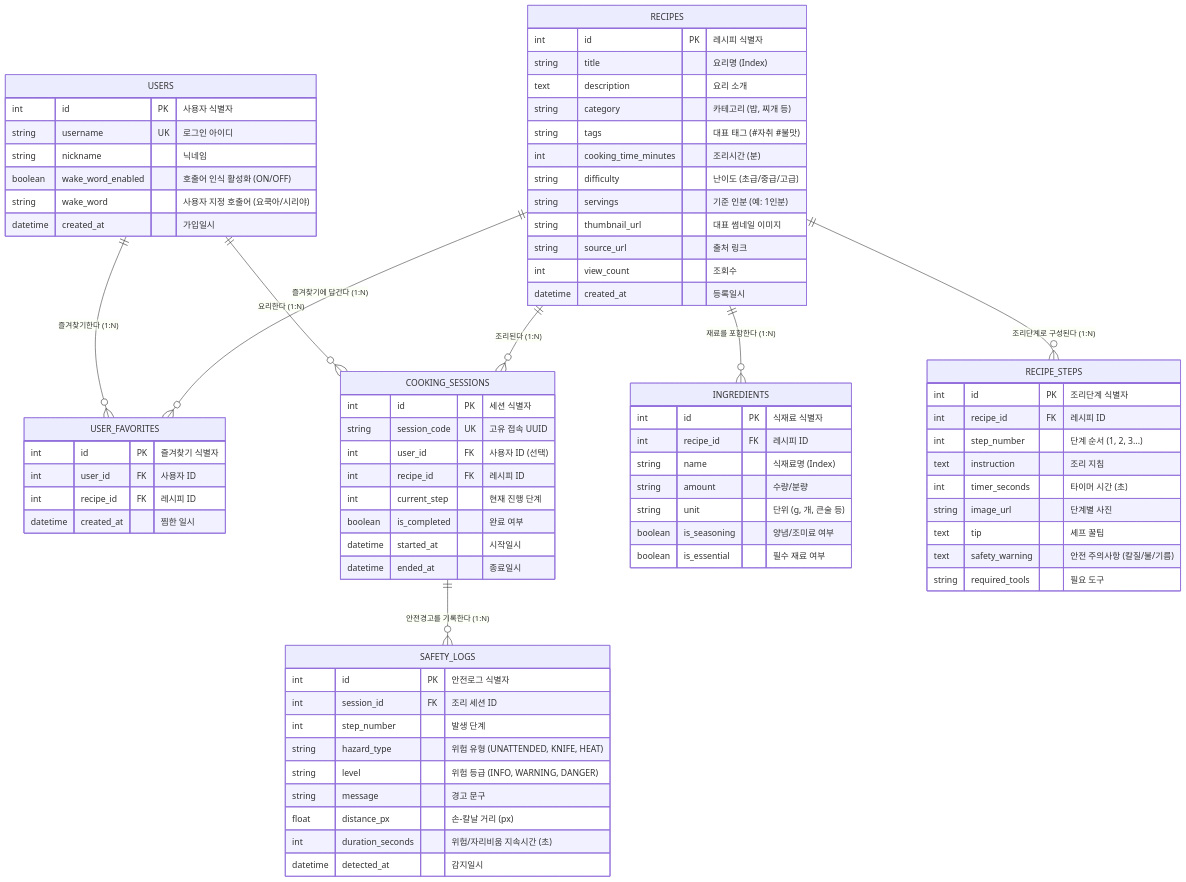
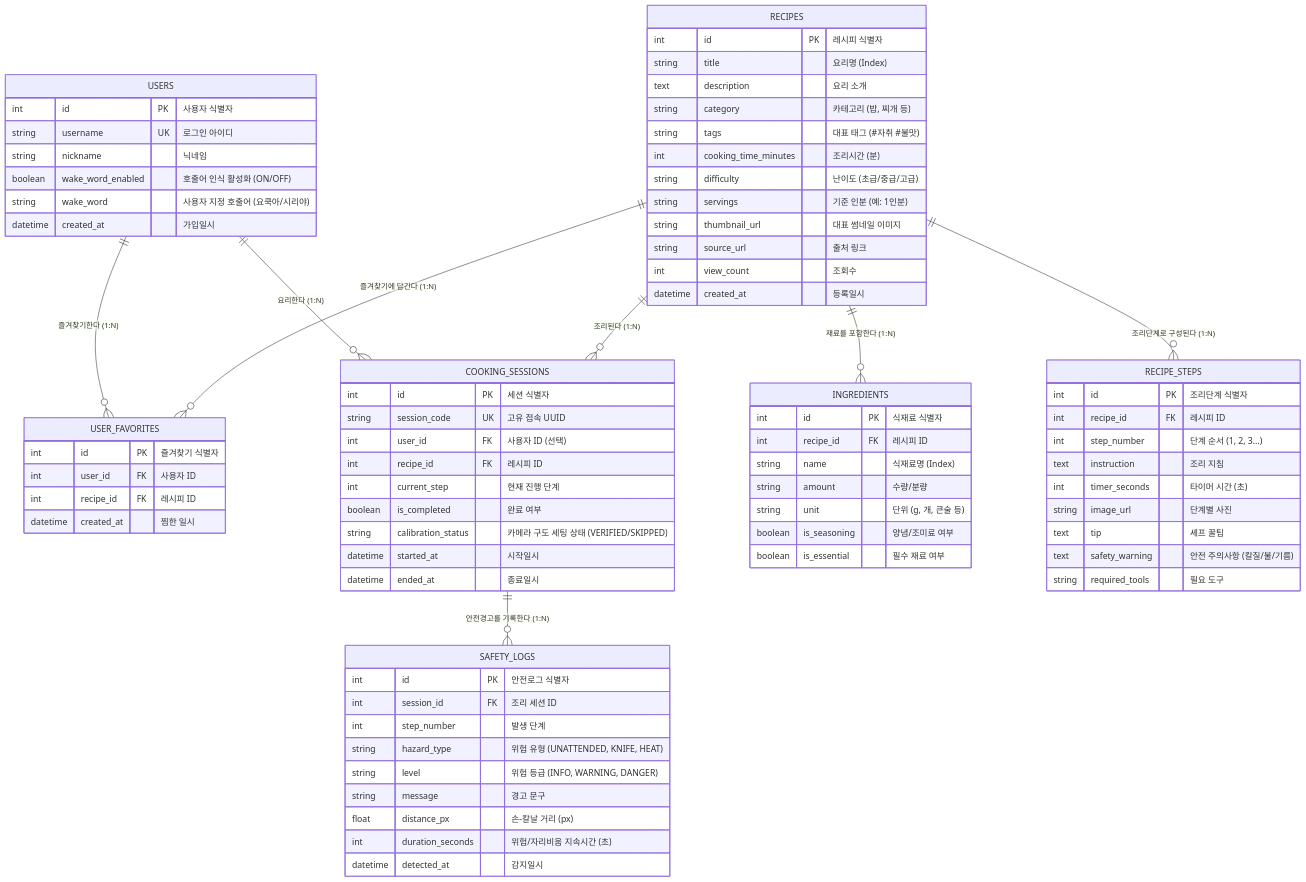
Before and after one commit to sldksldk12-hue/YO-Cook: the diagram in docs/DATABASE_ERD.md, drawn with Mermaid. The commit also changed other lines of this file and 4 other files, not shown here.

```diff
--- a/docs/DATABASE_ERD.md
+++ b/docs/DATABASE_ERD.md
@@ -78,6 +78,7 @@
         int recipe_id FK "레시피 ID"
         int current_step "현재 진행 단계"
         boolean is_completed "완료 여부"
+        string calibration_status "카메라 구도 세팅 상태 (VERIFIED/SKIPPED)"
         datetime started_at "시작일시"
         datetime ended_at "종료일시"
     }
```
